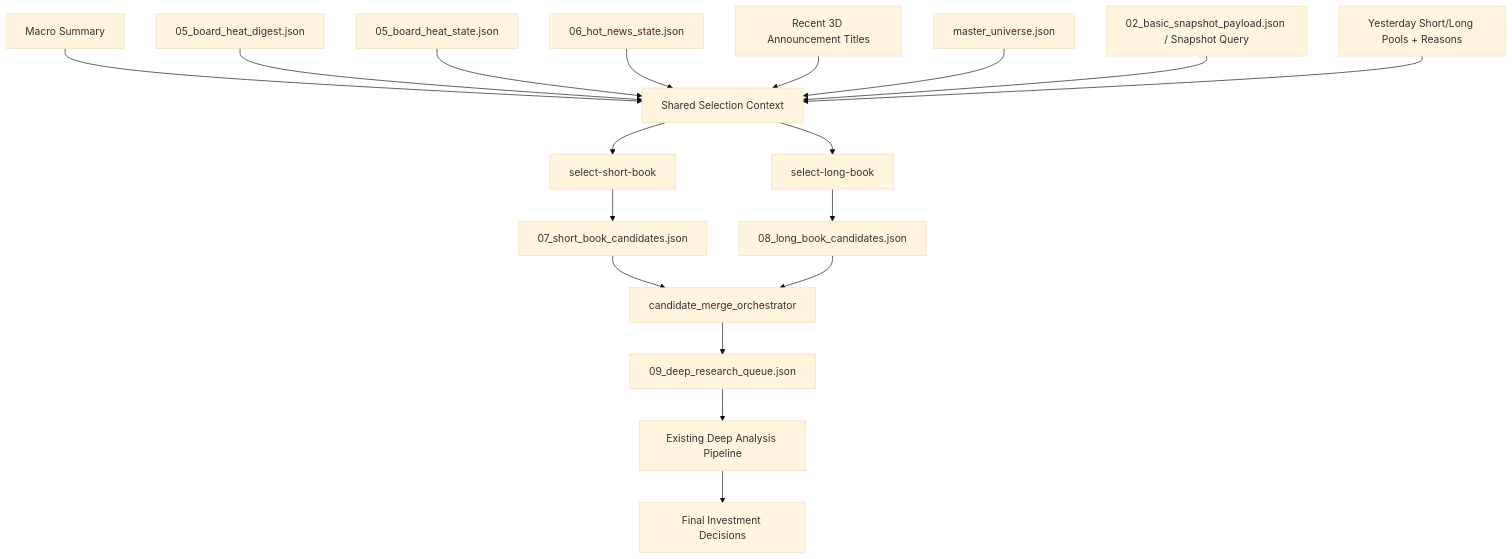
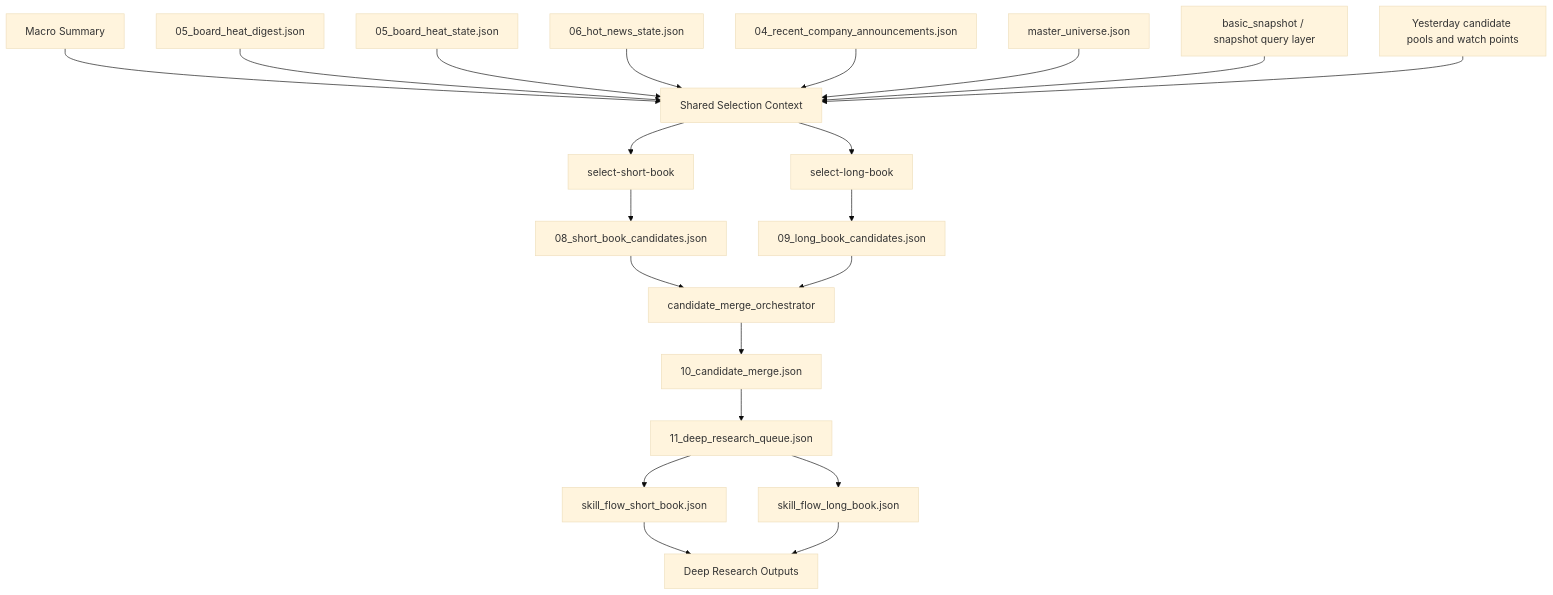
The diagram in docs/selection_system/AI选股系统一期落地设计.md (ZhangBeiQing/AI-Value-Investing-Agent), drawn with Mermaid (base theme) before and after one commit. The commit also changed other lines of this file and 18 other files, not shown here.

````diff
--- a/docs/selection_system/AI选股系统一期落地设计.md
+++ b/docs/selection_system/AI选股系统一期落地设计.md
@@ -82,24 +194,29 @@
 ```mermaid
 graph TD
     A[Macro Summary] --> F[Shared Selection Context]
     B[05_board_heat_digest.json] --> F
     C[05_board_heat_state.json] --> F
     D[06_hot_news_state.json] --> F
-    E[Recent 3D Announcement Titles] --> F
+    E[04_recent_company_announcements.json] --> F
     G[master_universe.json] --> F
-    H[02_basic_snapshot_payload.json / Snapshot Query] --> F
-    I[Yesterday Short/Long Pools + Reasons] --> F
+    H[basic_snapshot / snapshot query layer] --> F
+    I[Yesterday candidate pools and watch points] --> F
 
     F --> J[select-short-book]
     F --> K[select-long-book]
 
-    J --> L[07_short_book_candidates.json]
-    K --> M[08_long_book_candidates.json]
+    J --> L[08_short_book_candidates.json]
+    K --> M[09_long_book_candidates.json]
 
     L --> N[candidate_merge_orchestrator]
     M --> N
 
-    N --> O[09_deep_research_queue.json]
-    O --> P[Existing Deep Analysis Pipeline]
-    P --> Q[Final Investment Decisions]
+    N --> O[10_candidate_merge.json]
+    O --> P[11_deep_research_queue.json]
+
+    P --> Q[skill_flow_short_book.json]
+    P --> R[skill_flow_long_book.json]
+
+    Q --> S[Deep Research Outputs]
+    R --> S
 ```
````
